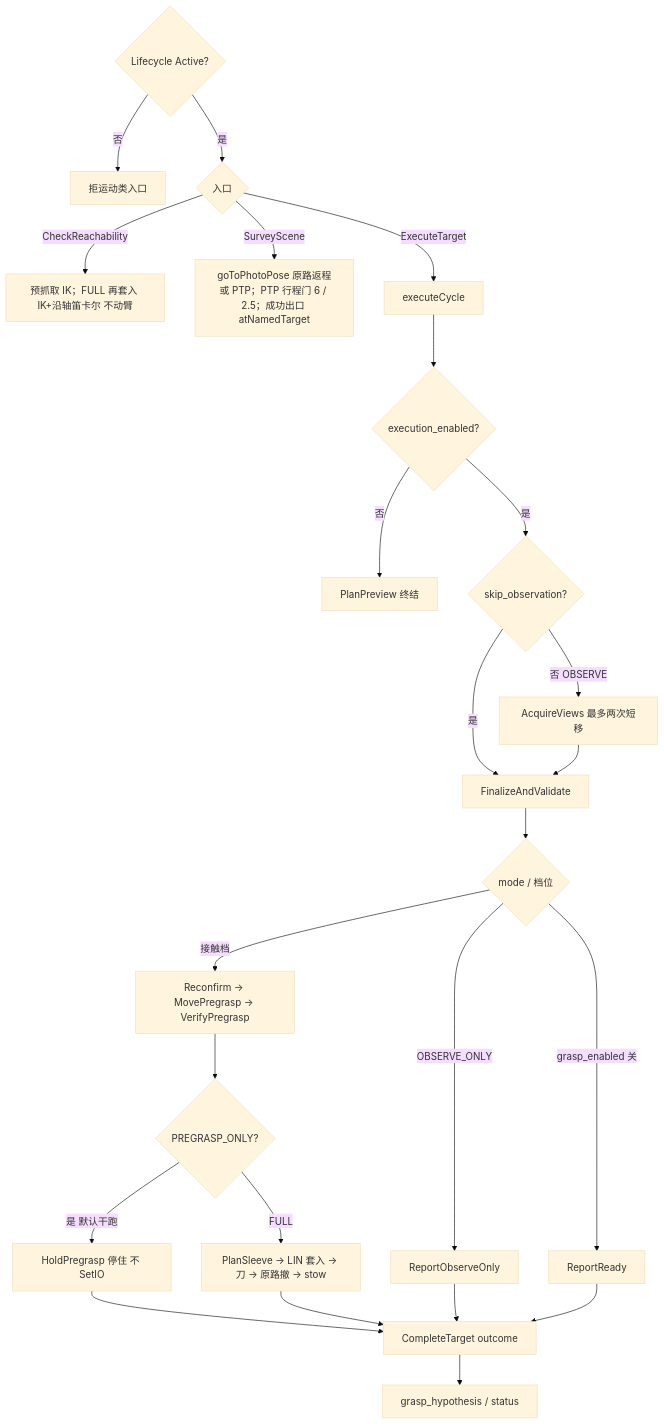
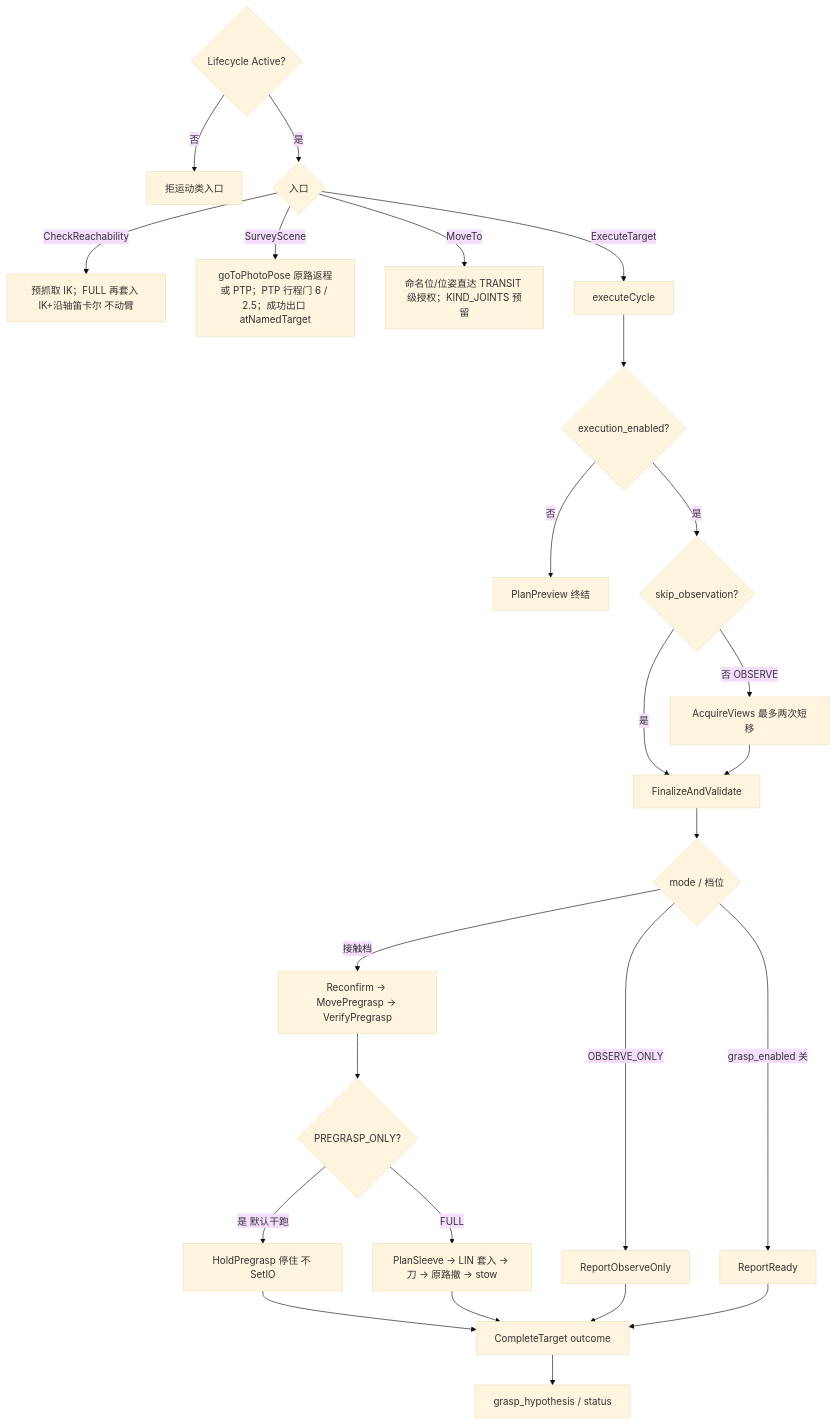
One commit to MUHAN11-c/aubo_boot changed the diagram in src/peach/peach_arm/doc/io.md. Above: the diagram before and after it, drawn with Mermaid (base theme). The commit also changed other lines of this file and 272 other files, not shown here.

````diff
--- a/src/peach/peach_arm/doc/io.md
+++ b/src/peach/peach_arm/doc/io.md
@@ -7,27 +7,28 @@
 ```mermaid
 flowchart TB
   act{"Lifecycle Active?"}
   act -->|否| idle["拒运动类入口"]
   act -->|是| src{"入口"}
   src -->|CheckReachability| ik["预抓取 IK；FULL 再套入 IK+沿轴笛卡尔 不动臂"]
   src -->|SurveyScene| photo["goToPhotoPose 原路返程或 PTP；PTP 行程门 6 / 2.5；成功出口 atNamedTarget"]
+  src -->|MoveTo| mv["命名位/位姿直达 TRANSIT 级授权；KIND_JOINTS 预留"]
   src -->|ExecuteTarget| cycle["executeCycle"]
   cycle --> en{"execution_enabled?"}
   en -->|否| preview["PlanPreview 终结"]
   en -->|是| skip{"skip_observation?"}
   skip -->|否 OBSERVE| views["AcquireViews 最多两次短移"]
   skip -->|是| fin["FinalizeAndValidate"]
   views --> fin
   fin --> mode{"mode / 档位"}
   mode -->|OBSERVE_ONLY| repO["ReportObserveOnly"]
   mode -->|grasp_enabled 关| repR["ReportReady"]
   mode -->|接触档| rec["Reconfirm → MovePregrasp → VerifyPregrasp"]
   rec --> pg{"PREGRASP_ONLY?"}
   pg -->|是 默认干跑| hold["HoldPregrasp 停住 不 SetIO"]
   pg -->|FULL| sleeve["PlanSleeve → LIN 套入 → 刀 → 原路撤 → stow"]
   hold --> done["CompleteTarget outcome"]
   sleeve --> done
   repO --> done
   repR --> done
   done --> hyp["grasp_hypothesis / status"]
 ```
````
